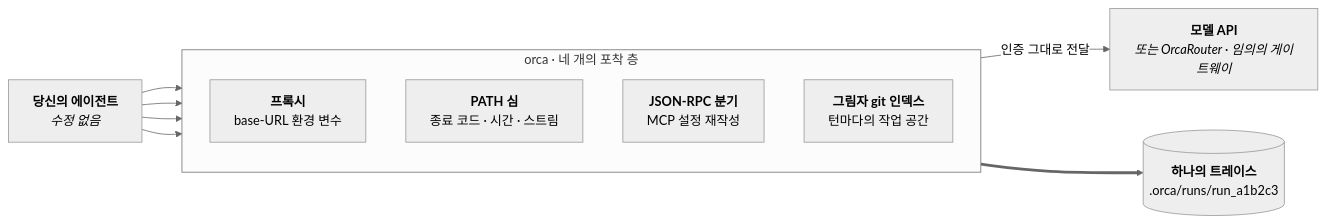
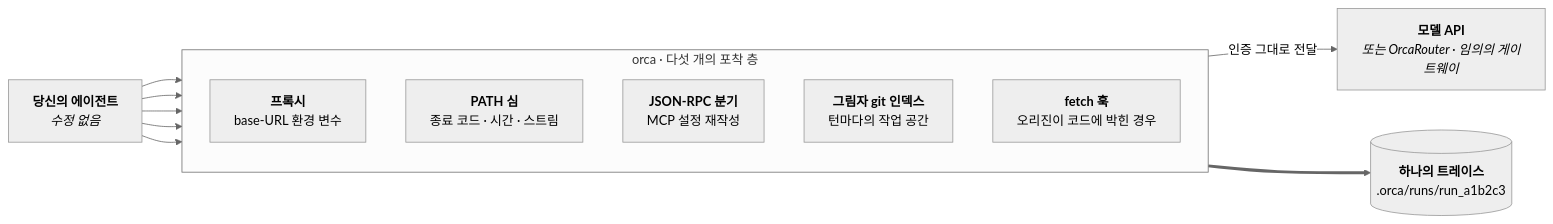
Before and after one commit to Continuum-AI-Corp/OrcaReplay: the first of 2 diagrams in docs/i18n/README.ko.md, drawn with Mermaid. The commit also changed other lines of this file and 7 other files, not shown here.

````diff
--- a/docs/i18n/README.ko.md
+++ b/docs/i18n/README.ko.md
@@ -75,17 +76,18 @@
 ```mermaid
 %%{init: {'theme':'neutral'}}%%
 flowchart LR
     A["<b>당신의 에이전트</b><br/><i>수정 없음</i>"]
 
-    subgraph orca["orca · 네 개의 포착 층"]
+    subgraph orca["orca · 다섯 개의 포착 층"]
         direction TB
         P["<b>프록시</b><br/>base-URL 환경 변수"]
         SH["<b>PATH 심</b><br/>종료 코드 · 시간 · 스트림"]
         MC["<b>JSON-RPC 분기</b><br/>MCP 설정 재작성"]
         FS["<b>그림자 git 인덱스</b><br/>턴마다의 작업 공간"]
+        FH["<b>fetch 훅</b><br/>오리진이 코드에 박힌 경우"]
     end
 
-    A --> P & SH & MC & FS
+    A --> P & SH & MC & FS & FH
     P -->|"인증 그대로 전달"| U["<b>모델 API</b><br/><i>또는 OrcaRouter · 임의의 게이트웨이</i>"]
     orca ==> T[("<b>하나의 트레이스</b><br/>.orca/runs/run_a1b2c3")]
 ```
````
